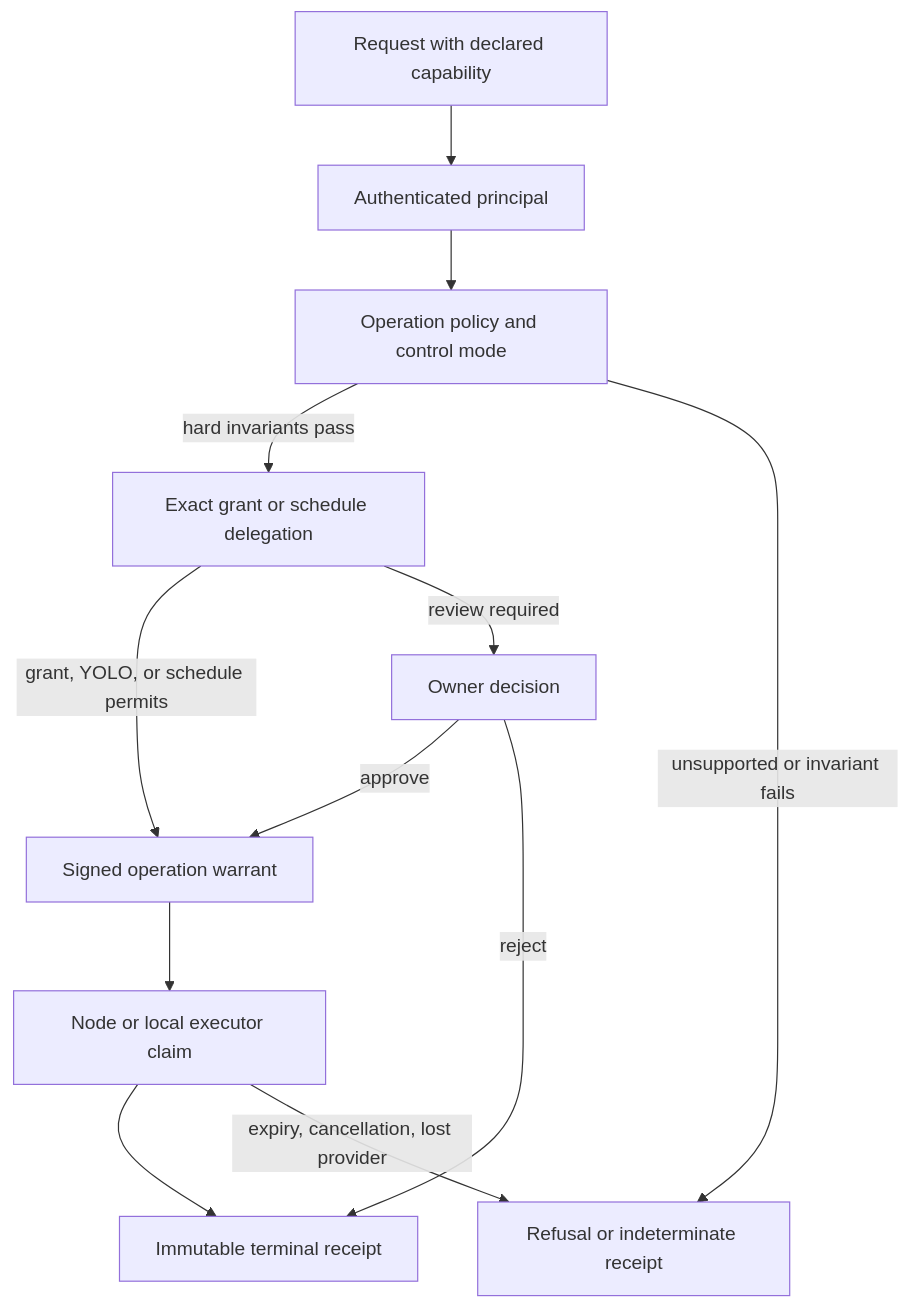
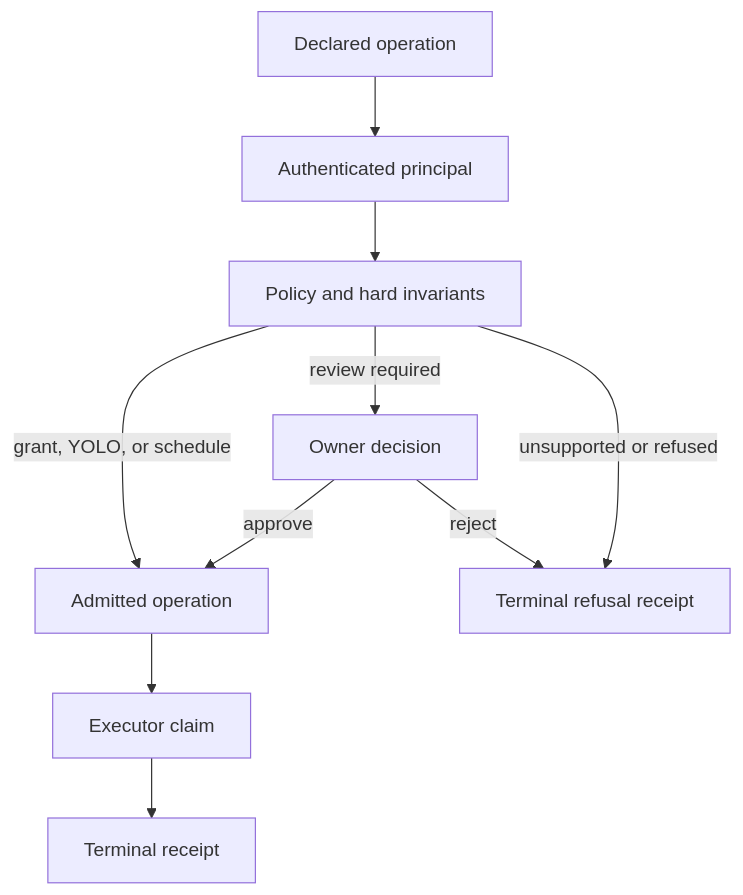
The diagram in docs/AUTHORITY_MODEL.md (karolswdev/HoldSpeak), drawn with Mermaid before and after one commit. The commit also changed other lines of this file and 74 other files, not shown here.

Commit message:
docs: document the agentic Desk and core work flows

````diff
--- a/docs/AUTHORITY_MODEL.md
+++ b/docs/AUTHORITY_MODEL.md
@@ -21,24 +18,12 @@
 ```mermaid
 flowchart TD
-  REQUEST[Request with declared capability]
-  PRINCIPAL[Authenticated principal]
-  POLICY[Operation policy and control mode]
-  GRANT[Exact grant or schedule delegation]
-  OWNER[Owner decision]
-  WARRANT[Signed operation warrant]
-  CLAIM[Node or local executor claim]
-  RECEIPT[Immutable terminal receipt]
-  REFUSE[Refusal or indeterminate receipt]
-
-  REQUEST --> PRINCIPAL
-  PRINCIPAL --> POLICY
-  POLICY -->|hard invariants pass| GRANT
-  GRANT -->|grant, YOLO, or schedule permits| WARRANT
-  GRANT -->|review required| OWNER
+  REQUEST[Declared operation] --> PRINCIPAL[Authenticated principal]
+  PRINCIPAL --> POLICY[Policy and hard invariants]
+  POLICY -->|grant, YOLO, or schedule| WARRANT[Admitted operation]
+  POLICY -->|review required| OWNER[Owner decision]
   OWNER -->|approve| WARRANT
-  OWNER -->|reject| RECEIPT
-  WARRANT --> CLAIM
-  CLAIM --> RECEIPT
-  POLICY -->|unsupported or invariant fails| REFUSE
-  CLAIM -->|expiry, cancellation, lost provider| REFUSE
+  OWNER -->|reject| RECEIPT[Terminal refusal receipt]
+  WARRANT --> CLAIM[Executor claim]
+  CLAIM --> RECEIPT2[Terminal receipt]
+  POLICY -->|unsupported or refused| RECEIPT
 ```
````
